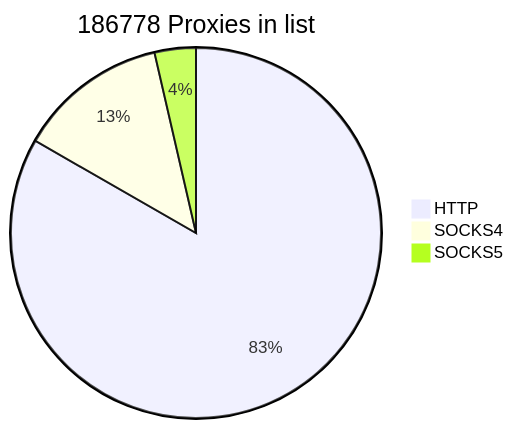
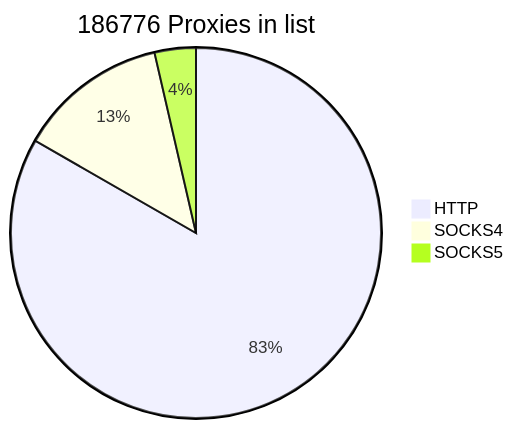
Before and after one commit to cutipu/proxylist: the first of 2 diagrams in README.md, drawn with Mermaid. The commit also changed other lines of this file, not shown here.

````diff
--- a/README.md
+++ b/README.md
@@ -2,7 +2,7 @@
 ```mermaid
-pie title 186778 Proxies in list
+pie title 186776 Proxies in list
     "HTTP" : 155565
-    "SOCKS4" : 24487
-    "SOCKS5" : 6726
+    "SOCKS4" : 24486
+    "SOCKS5" : 6725
             
 ```
````
